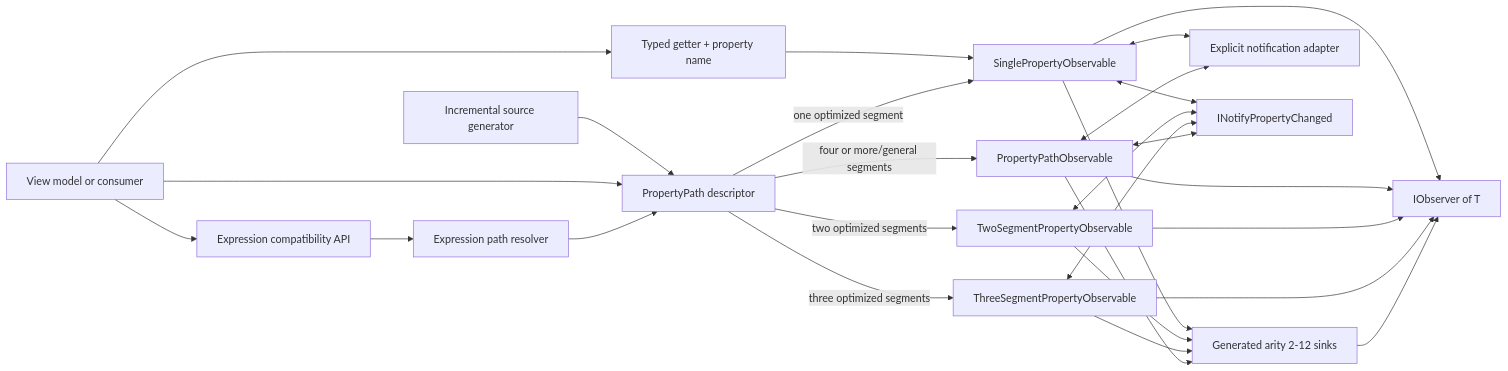
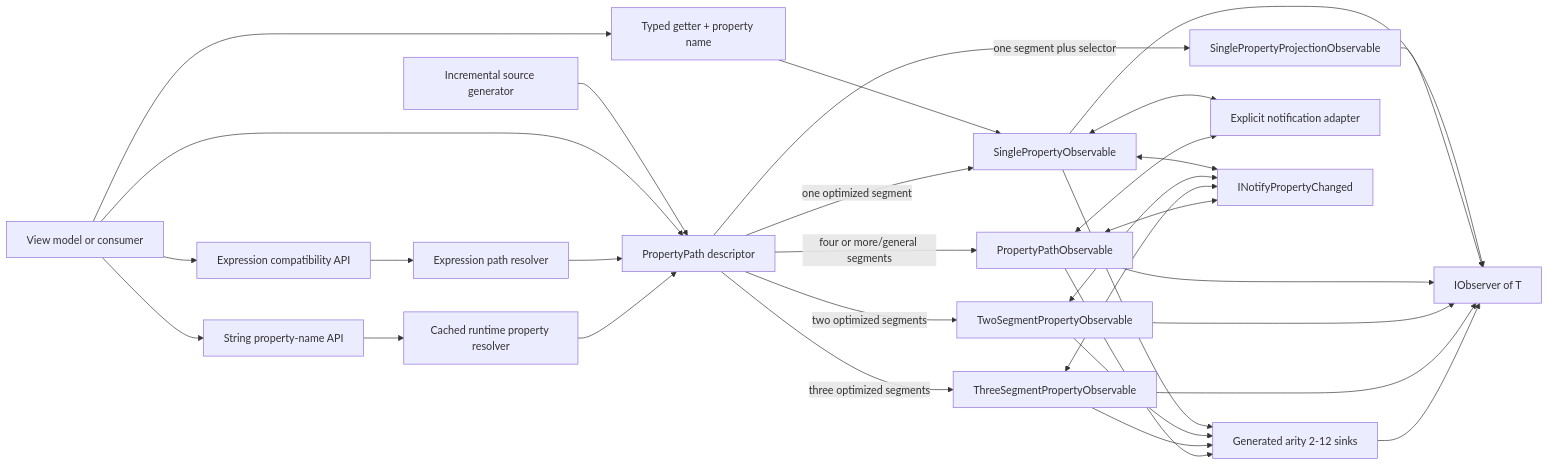
One commit to wieslawsoltes/ProMvvm changed the diagram in docs/ARCHITECTURE.md. Above: the diagram before and after it, drawn with Mermaid. The commit also changed other lines of this file and 1 other file, not shown here.

Commit message:
Document compatibility architecture and results

````diff
--- a/docs/ARCHITECTURE.md
+++ b/docs/ARCHITECTURE.md
@@ -21,41 +21,47 @@
 ```mermaid
 flowchart LR
     Caller[View model or consumer]
     TypedGetter[Typed getter + property name]
     TypedPath[PropertyPath descriptor]
     Generator[Incremental source generator]
     Expression[Expression compatibility API]
     Resolver[Expression path resolver]
+    StringName[String property-name API]
+    StringResolver[Cached runtime property resolver]
     Single[SinglePropertyObservable]
+    Projection[SinglePropertyProjectionObservable]
     TwoSegment[TwoSegmentPropertyObservable]
     ThreeSegment[ThreeSegmentPropertyObservable]
     Nested[PropertyPathObservable]
     Combine[Generated arity 2-12 sinks]
     Adapter[Explicit notification adapter]
     INPC[INotifyPropertyChanged]
     Observer[IObserver of T]
 
     Caller --> TypedGetter --> Single
     Generator --> TypedPath
     Caller --> TypedPath
     Caller --> Expression --> Resolver --> TypedPath
+    Caller --> StringName --> StringResolver --> TypedPath
     TypedPath -->|one optimized segment| Single
     TypedPath -->|two optimized segments| TwoSegment
     TypedPath -->|three optimized segments| ThreeSegment
     TypedPath -->|four or more/general segments| Nested
     Single <--> INPC
     TwoSegment <--> INPC
     ThreeSegment <--> INPC
     Nested <--> INPC
     Single <--> Adapter
     Nested <--> Adapter
     Single --> Observer
+    Projection --> Observer
+    TypedPath -->|one segment plus selector| Projection
     Nested --> Observer
     TwoSegment --> Observer
     ThreeSegment --> Observer
     Single --> Combine
     TwoSegment --> Combine
     ThreeSegment --> Combine
     Nested --> Combine
     Combine --> Observer
 ```
````
